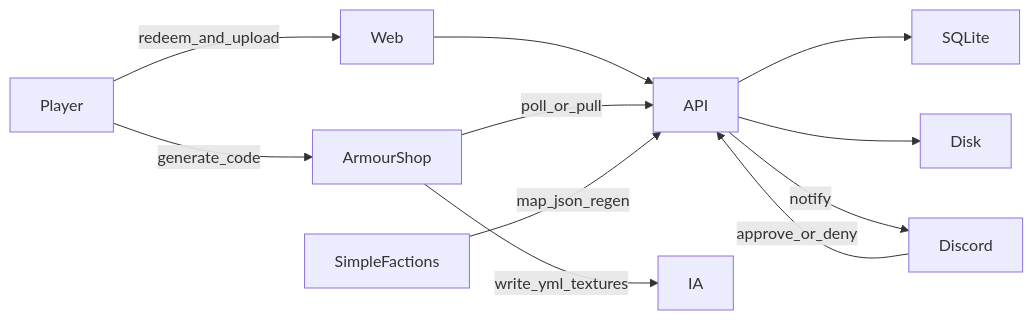
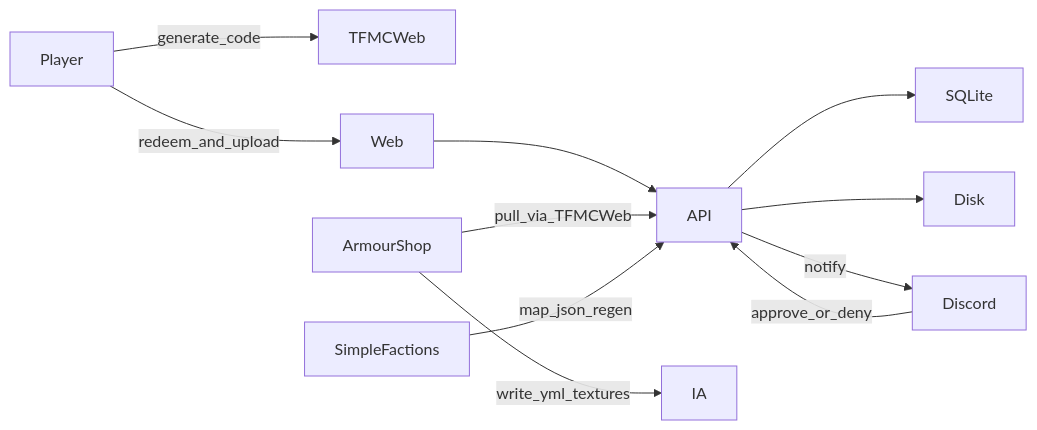
Before and after one commit to TF-Minecraft/Docs: the diagram in projects/ProvinceSystem/docs/architecture.md, drawn with Mermaid. The commit also changed other lines of this file and 139 other files, not shown here.

````diff
--- a/projects/ProvinceSystem/docs/architecture.md
+++ b/projects/ProvinceSystem/docs/architecture.md
@@ -46,13 +46,13 @@
 ```mermaid
 flowchart LR
-  Player -->|generate_code| ArmourShop
+  Player -->|generate_code| TFMCWeb
   Player -->|redeem_and_upload| Web
   Web --> API
   API --> SQLite
   API --> Disk
   API -->|notify| Discord
   Discord -->|approve_or_deny| API
-  ArmourShop -->|poll_or_pull| API
+  ArmourShop -->|pull_via_TFMCWeb| API
   ArmourShop -->|write_yml_textures| IA
   SimpleFactions -->|map_json_regen| API
 ```
````
